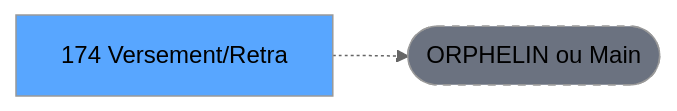
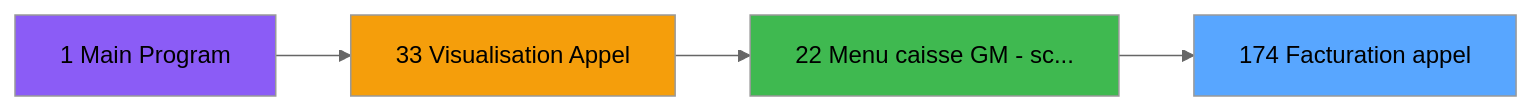
The second of 3 diagrams in .openspec/specs/ADH-IDE-174.md (thonyAGP/magic-migration), drawn with Mermaid (neutral theme) before and after one commit. The commit also changed other lines of this file and 311 other files, not shown here.

````diff
--- a/.openspec/specs/ADH-IDE-174.md
+++ b/.openspec/specs/ADH-IDE-174.md
@@ -143,8 +366,14 @@
 ```mermaid
 graph LR
-    T[174 Versement/Retra]
-    ORPHAN([ORPHELIN ou Main])
-    T -.-> ORPHAN
-    style T fill:#58a6ff,color:#000
-    style ORPHAN fill:#6b7280,stroke-dasharray: 5 5
+    T174[174 Facturation appel]
+    style T174 fill:#58a6ff
+    CC1[1 Main Program]
+    style CC1 fill:#8b5cf6
+    CC33[33 Visualisation Appel]
+    style CC33 fill:#f59e0b
+    CC22[22 Menu caisse GM - sc...]
+    style CC22 fill:#3fb950
+    CC33 --> CC22
+    CC1 --> CC33
+    CC22 --> T174
 ```
````
